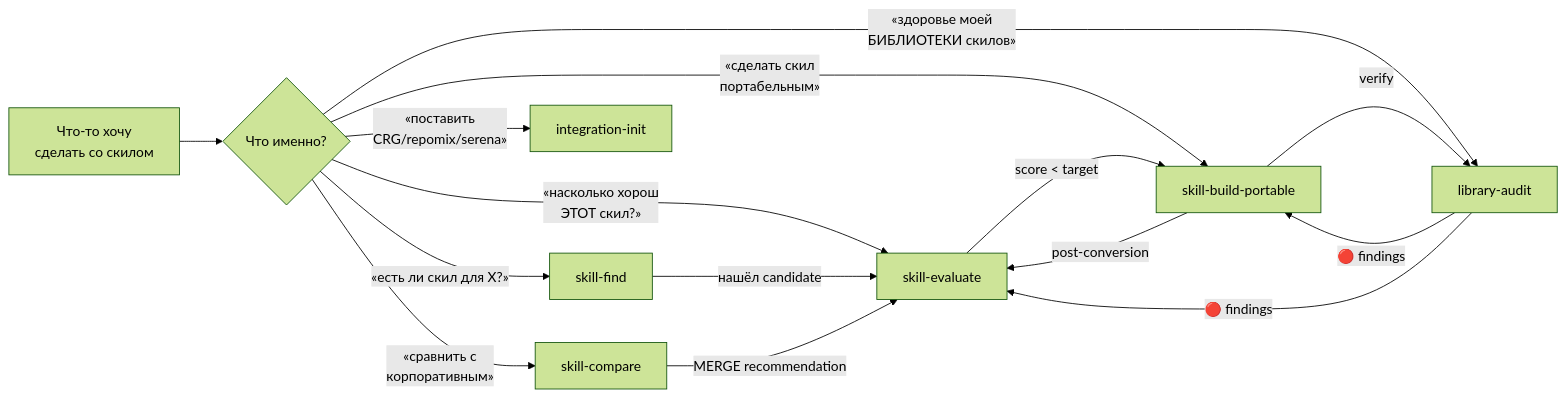
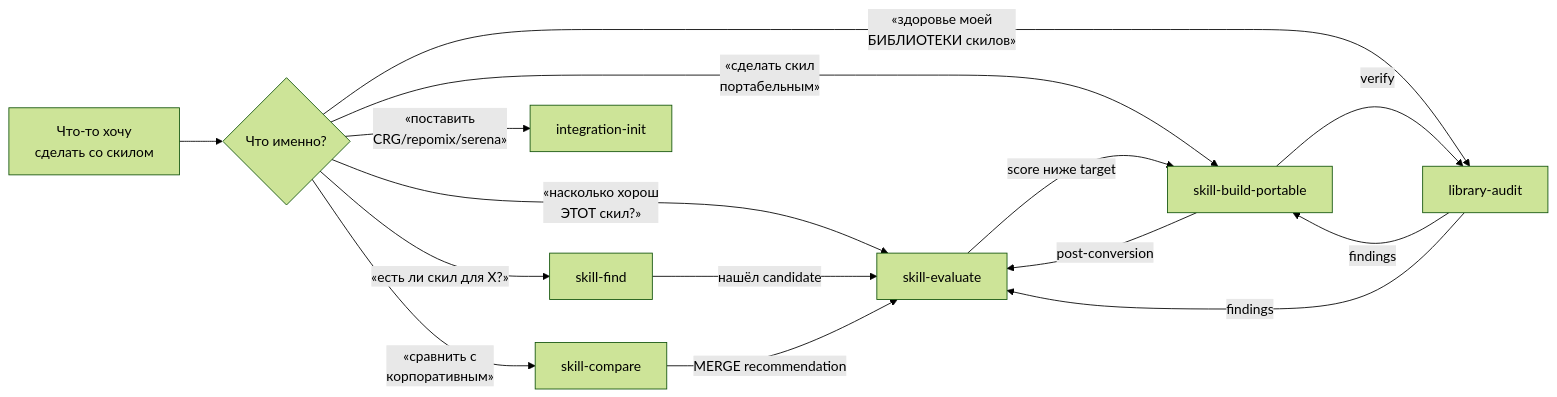
One commit to artemrudenko/skill-governance-toolkit changed the second of 9 diagrams in docs/user-guide.ru.md. Above: the diagram before and after it, drawn with Mermaid (forest theme). The commit also changed other lines of this file and 1 other file, not shown here.

````diff
--- a/docs/user-guide.ru.md
+++ b/docs/user-guide.ru.md
@@ -172,19 +76,19 @@
 ```mermaid
 flowchart LR
     A[Что-то хочу<br/>сделать со скилом] --> B{Что именно?}
 
     B -->|«есть ли скил для X?»| FIND[skill-find]
     B -->|«насколько хорош<br/>ЭТОТ скил?»| EVAL[skill-evaluate]
     B -->|«сравнить с<br/>корпоративным»| COMP[skill-compare]
     B -->|«здоровье моей<br/>БИБЛИОТЕКИ скилов»| AUDIT[library-audit]
     B -->|«сделать скил<br/>портабельным»| BUILD[skill-build-portable]
     B -->|«поставить<br/>CRG/repomix/serena»| INIT[integration-init]
 
     FIND -->|нашёл candidate| EVAL
-    EVAL -->|score < target| BUILD
-    AUDIT -->|🔴 findings| BUILD
-    AUDIT -->|🔴 findings| EVAL
+    EVAL -->|score ниже target| BUILD
+    AUDIT -->|findings| BUILD
+    AUDIT -->|findings| EVAL
     COMP -->|MERGE recommendation| EVAL
     BUILD -->|post-conversion| EVAL
     BUILD -->|verify| AUDIT
 ```
````
